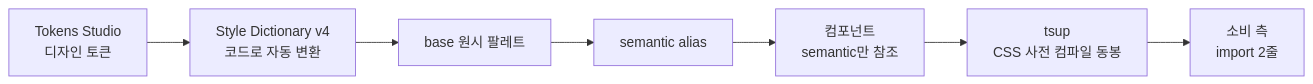
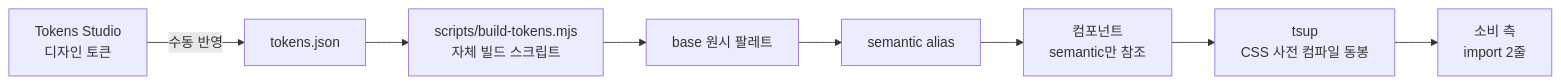
Before and after one commit to yyoujg/arilog.dev: the diagram in content/posts/size-limit-bundle-measurement-gap.mdx, drawn with Mermaid. The commit also changed other lines of this file and 55 other files, not shown here.

````diff
--- a/content/posts/size-limit-bundle-measurement-gap.mdx
+++ b/content/posts/size-limit-bundle-measurement-gap.mdx
@@ -62,9 +65,10 @@
 ```mermaid
 flowchart LR
-  A[Tokens Studio<br/>디자인 토큰] --> B[Style Dictionary v4<br/>코드로 자동 변환]
+  A[Tokens Studio<br/>디자인 토큰] -->|수동 반영| T[tokens.json]
+  T --> B[scripts/build-tokens.mjs<br/>자체 빌드 스크립트]
   B --> C[base 원시 팔레트]
   C --> D[semantic alias]
   D --> E[컴포넌트<br/>semantic만 참조]
   E --> F[tsup<br/>CSS 사전 컴파일 동봉]
   F --> G[소비 측<br/>import 2줄]
 ```
````
